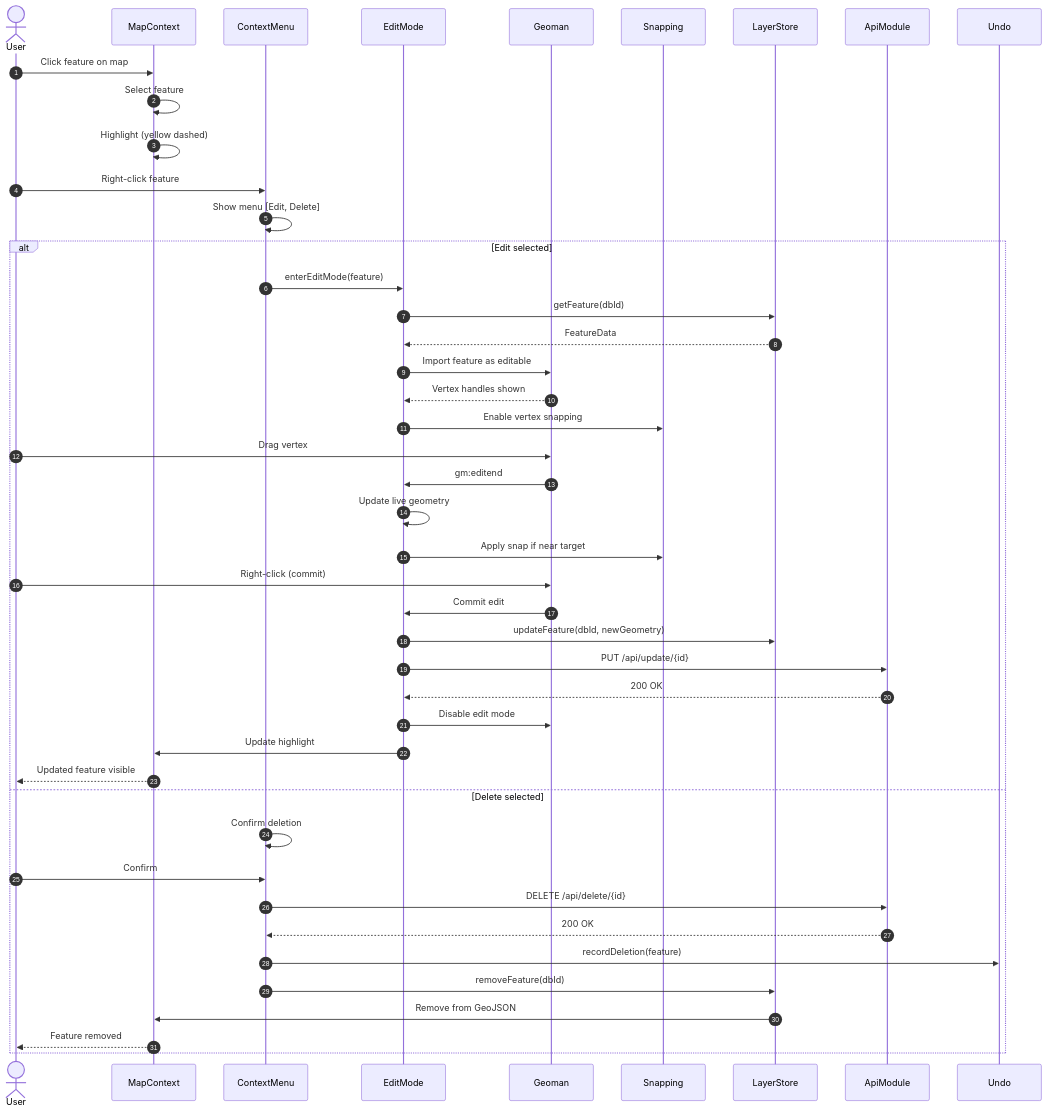
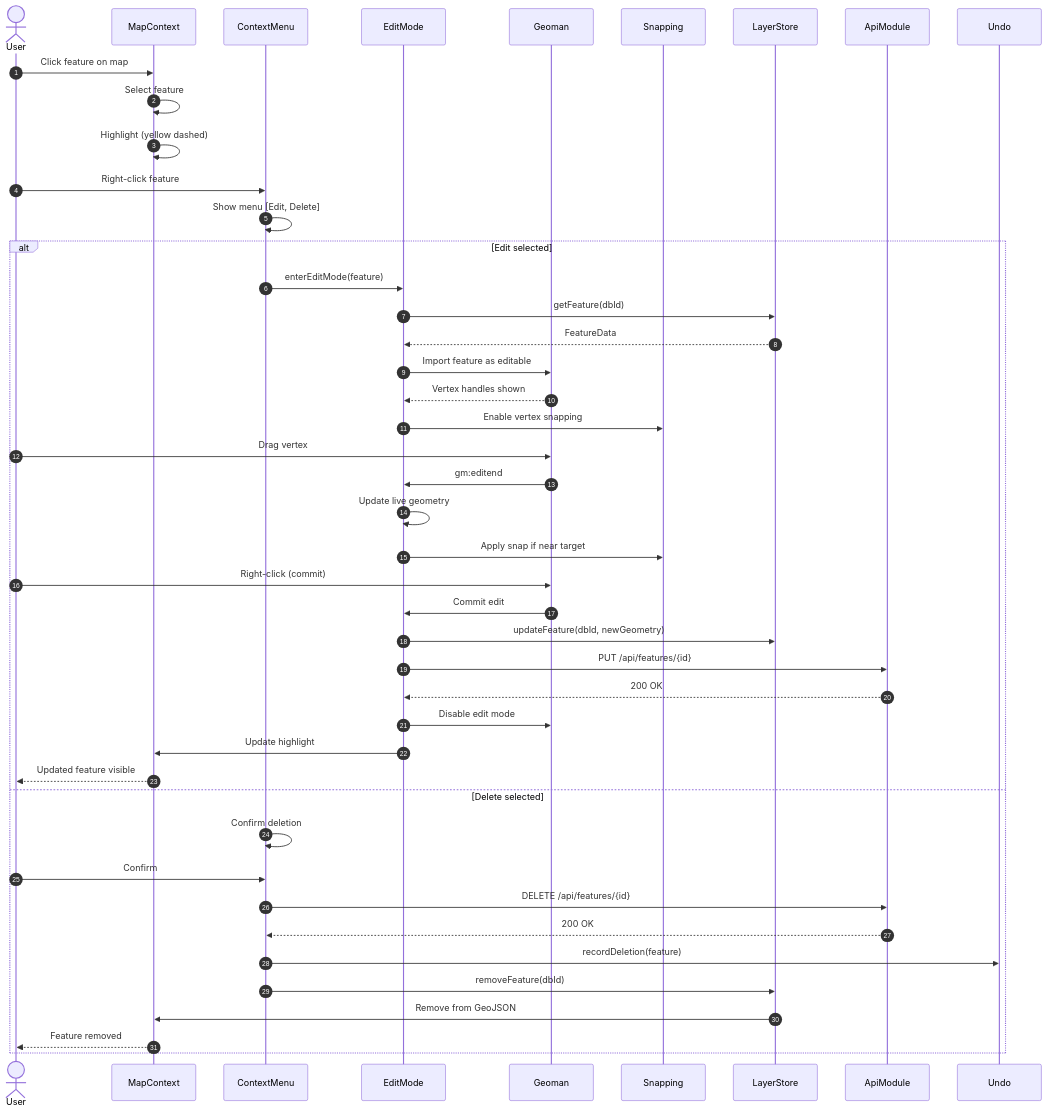
Before and after one commit to Zuhir-Benslama/NARS: the third of 5 diagrams in docs/uml/nars-vite-sequence-diagram.md, drawn with Mermaid. The commit also changed other lines of this file and 2 other files, not shown here.

First line of the commit message:
docs(uml): fix stale feature routes in sequence diagrams

````diff
--- a/docs/uml/nars-vite-sequence-diagram.md
+++ b/docs/uml/nars-vite-sequence-diagram.md
@@ -133,53 +133,53 @@
 ```mermaid
 sequenceDiagram
     autonumber
     actor User
     participant MapContext
     participant ContextMenu
     participant EditMode
     participant Geoman
     participant Snapping
     participant LayerStore
     participant ApiModule
 
     User->>MapContext: Click feature on map
     MapContext->>MapContext: Select feature
     MapContext->>MapContext: Highlight (yellow dashed)
 
     User->>ContextMenu: Right-click feature
     ContextMenu->>ContextMenu: Show menu [Edit, Delete]
 
     alt Edit selected
         ContextMenu->>EditMode: enterEditMode(feature)
         EditMode->>LayerStore: getFeature(dbId)
         LayerStore-->>EditMode: FeatureData
 
         EditMode->>Geoman: Import feature as editable
         Geoman-->>EditMode: Vertex handles shown
         EditMode->>Snapping: Enable vertex snapping
 
         User->>Geoman: Drag vertex
         Geoman->>EditMode: gm:editend
         EditMode->>EditMode: Update live geometry
         EditMode->>Snapping: Apply snap if near target
 
         User->>Geoman: Right-click (commit)
         Geoman->>EditMode: Commit edit
         EditMode->>LayerStore: updateFeature(dbId, newGeometry)
-        EditMode->>ApiModule: PUT /api/update/{id}
+        EditMode->>ApiModule: PUT /api/features/{id}
         ApiModule-->>EditMode: 200 OK
         EditMode->>Geoman: Disable edit mode
         EditMode->>MapContext: Update highlight
         MapContext-->>User: Updated feature visible
 
     else Delete selected
         ContextMenu->>ContextMenu: Confirm deletion
         User->>ContextMenu: Confirm
-        ContextMenu->>ApiModule: DELETE /api/delete/{id}
+        ContextMenu->>ApiModule: DELETE /api/features/{id}
         ApiModule-->>ContextMenu: 200 OK
         ContextMenu->>Undo: recordDeletion(feature)
         ContextMenu->>LayerStore: removeFeature(dbId)
         LayerStore->>MapContext: Remove from GeoJSON
         MapContext-->>User: Feature removed
     end
 ```
````
